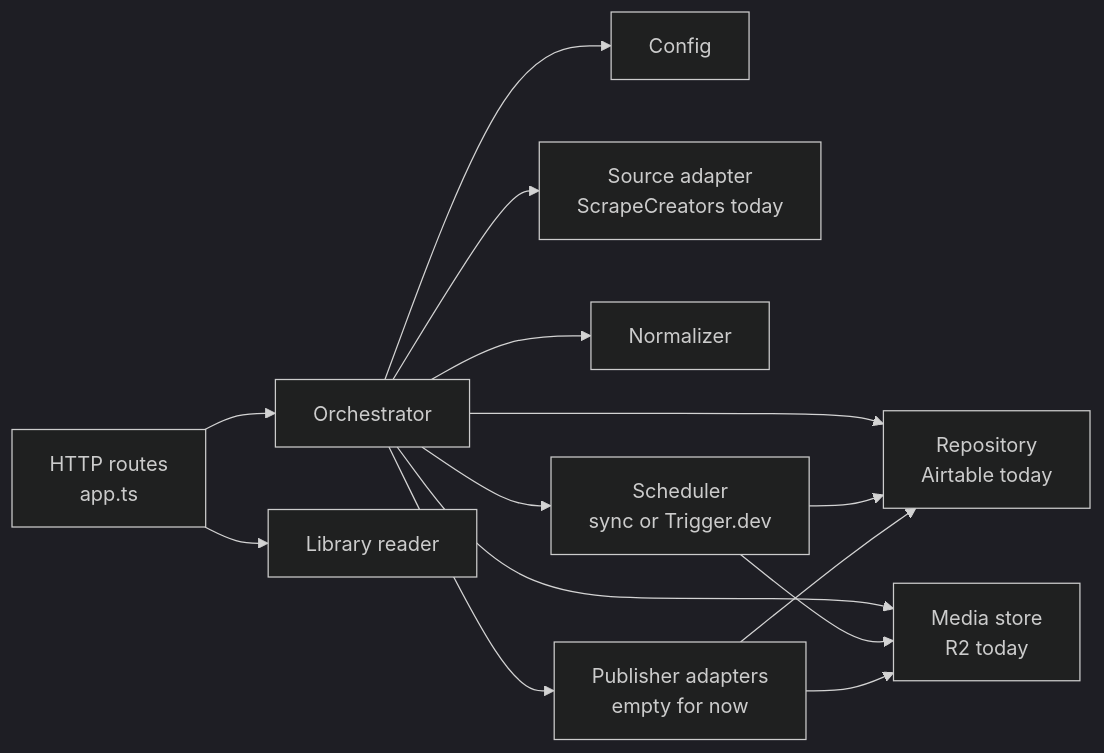
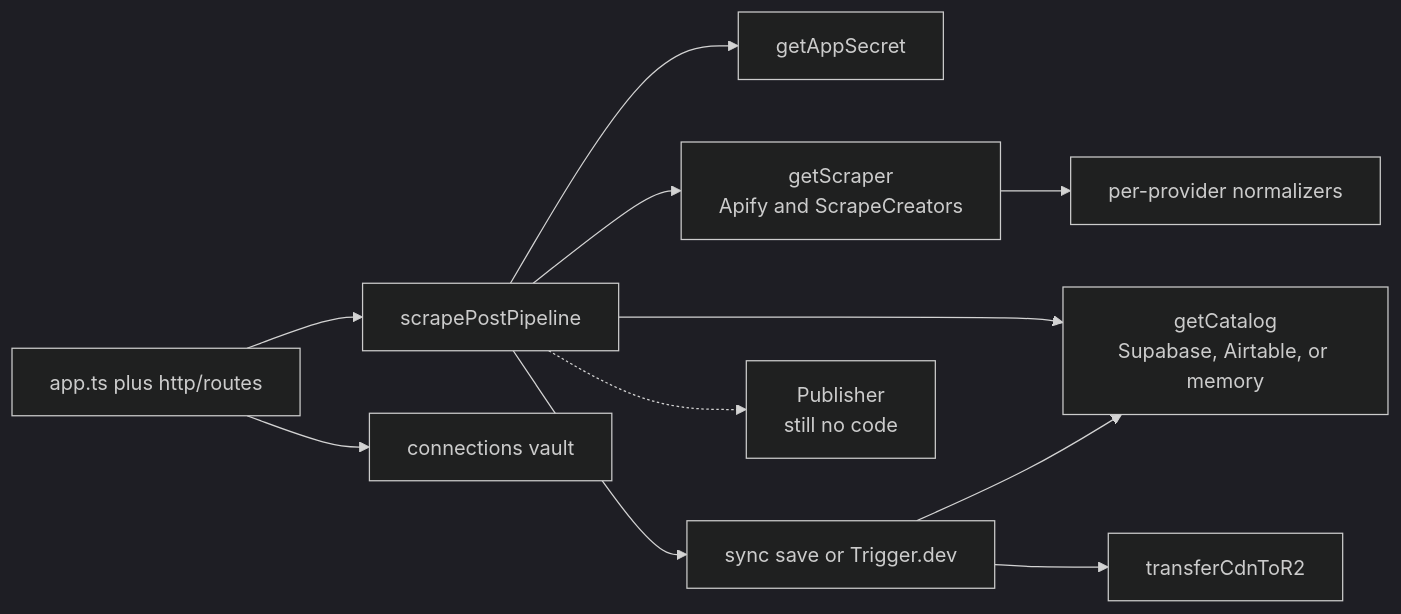
The second of 2 diagrams in docs/ARCHITECTURE_REVIEW.md (grandzam1/social-hub), drawn with Mermaid (dark theme) before and after one commit. The commit also changed other lines of this file, not shown here.

First line of the commit message:
Refresh the architecture review against current main.

````diff
--- a/docs/ARCHITECTURE_REVIEW.md
+++ b/docs/ARCHITECTURE_REVIEW.md
@@ -325,16 +240,13 @@
 ```mermaid
 flowchart LR
-  HTTP["HTTP routes<br/>app.ts"] --> ORCH["Orchestrator"]
-  HTTP --> LIBREAD["Library reader"]
-  ORCH --> CFG["Config"]
-  ORCH --> SRC["Source adapter<br/>ScrapeCreators today"]
-  ORCH --> NORM["Normalizer"]
-  ORCH --> REPO["Repository<br/>Airtable today"]
-  ORCH --> MEDIA["Media store<br/>R2 today"]
-  ORCH --> JOBS["Scheduler<br/>sync or Trigger.dev"]
-  JOBS --> MEDIA
+  HTTP["app.ts plus http/routes"] --> ORCH["scrapePostPipeline"]
+  HTTP --> VAULT["connections vault"]
+  ORCH --> CFG["getAppSecret"]
+  ORCH --> SRC["getScraper<br/>Apify and ScrapeCreators"]
+  SRC --> NORM["per-provider normalizers"]
+  ORCH --> REPO["getCatalog<br/>Supabase, Airtable, or memory"]
+  ORCH --> JOBS["sync save or Trigger.dev"]
+  JOBS --> MEDIA["transferCdnToR2"]
   JOBS --> REPO
-  ORCH --> PUB["Publisher adapters<br/>empty for now"]
-  PUB --> MEDIA
-  PUB --> REPO
+  ORCH -.-> PUB["Publisher<br/>still no code"]
 ```
````
